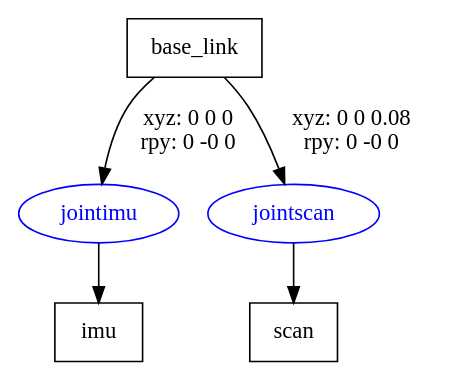
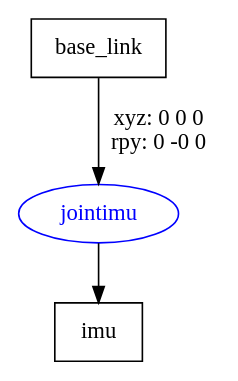
One commit to PINTO0309/zumo32u4 changed the diagram in urdf/zumo32u4.gv. Above: the diagram before and after it, drawn with Graphviz. The commit also changed 1 other file, not shown here.

```diff
--- a/urdf/zumo32u4.gv
+++ b/urdf/zumo32u4.gv
@@ -1,11 +1,8 @@
 digraph G {
 node [shape=box];
 "base_link" [label="base_link"];
 "imu" [label="imu"];
-"scan" [label="scan"];
 node [shape=ellipse, color=blue, fontcolor=blue];
 "base_link" -> "jointimu" [label="xyz: 0 0 0 \nrpy: 0 -0 0"]
 "jointimu" -> "imu"
-"base_link" -> "jointscan" [label="xyz: 0 0 0.08 \nrpy: 0 -0 0"]
-"jointscan" -> "scan"
 }
```
